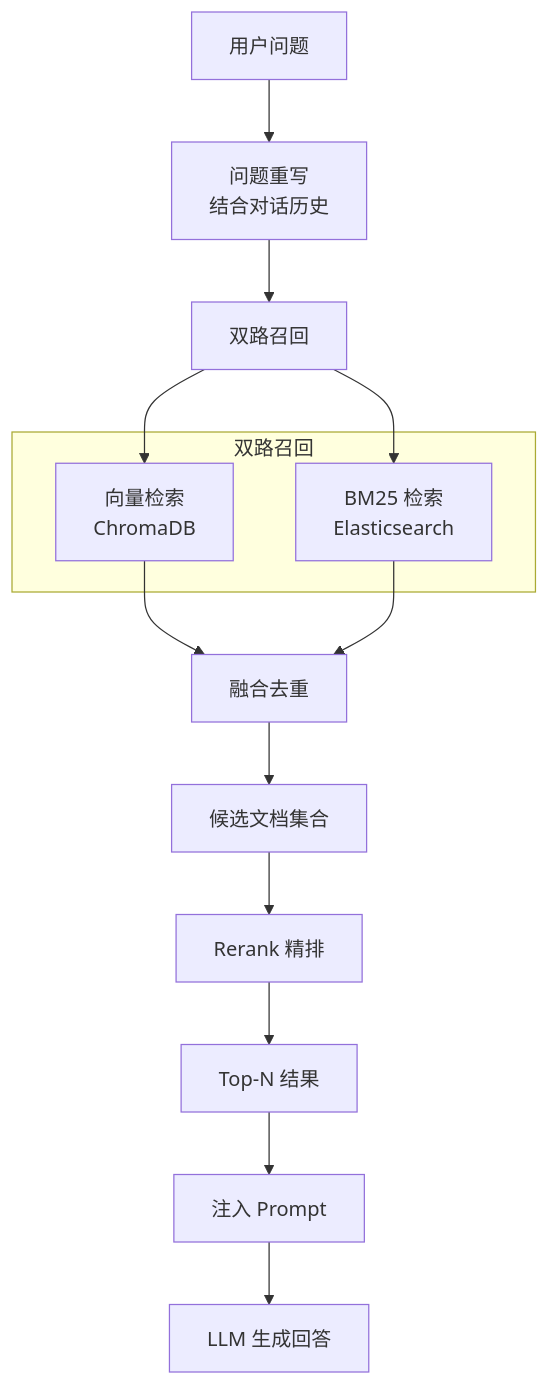
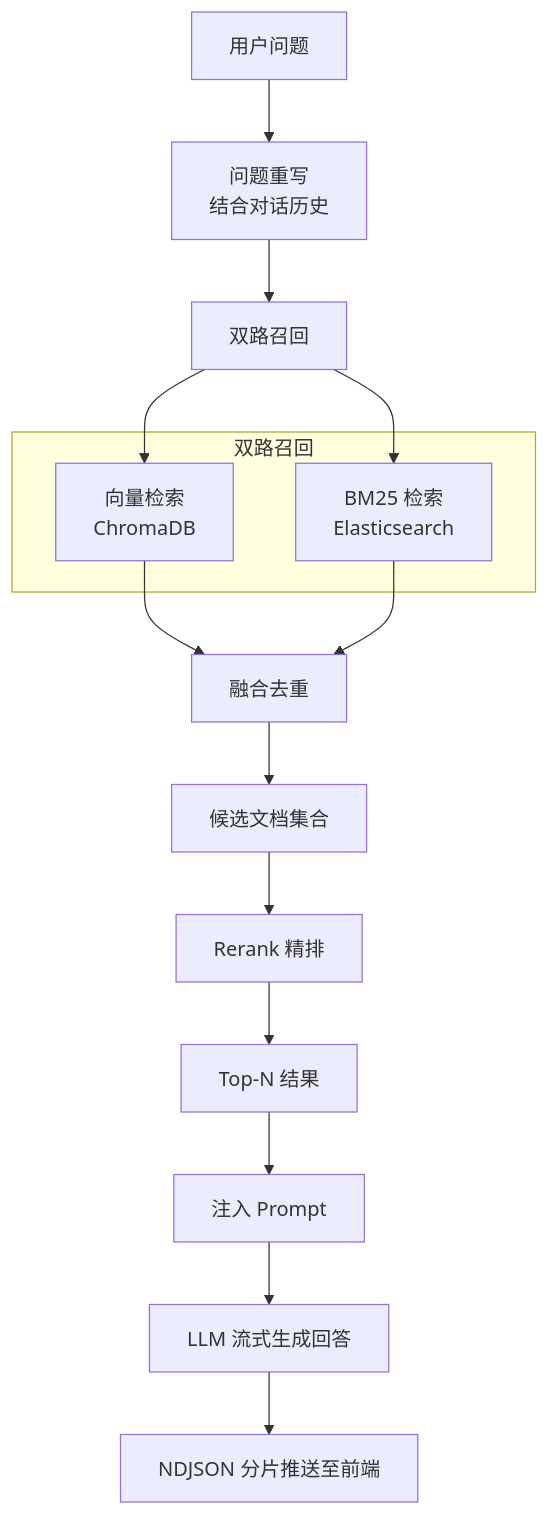
Before and after one commit to 11497/xlt: the diagram in README.md, drawn with Mermaid. The commit also changed other lines of this file, not shown here.

````diff
--- a/README.md
+++ b/README.md
@@ -357,22 +404,23 @@
 ```mermaid
 flowchart TD
     A[用户问题] --> B[问题重写<br/>结合对话历史]
     B --> C[双路召回]
     
     subgraph 双路召回
         D[向量检索<br/>ChromaDB]
         E[BM25 检索<br/>Elasticsearch]
     end
     
     C --> D
     C --> E
     
     D --> F[融合去重]
     E --> F
     
     F --> G[候选文档集合]
     G --> H[Rerank 精排]
     H --> I[Top-N 结果]
     I --> J[注入 Prompt]
-    J --> K[LLM 生成回答]
+    J --> K[LLM 流式生成回答]
+    K --> L[NDJSON 分片推送至前端]
 ```
````
